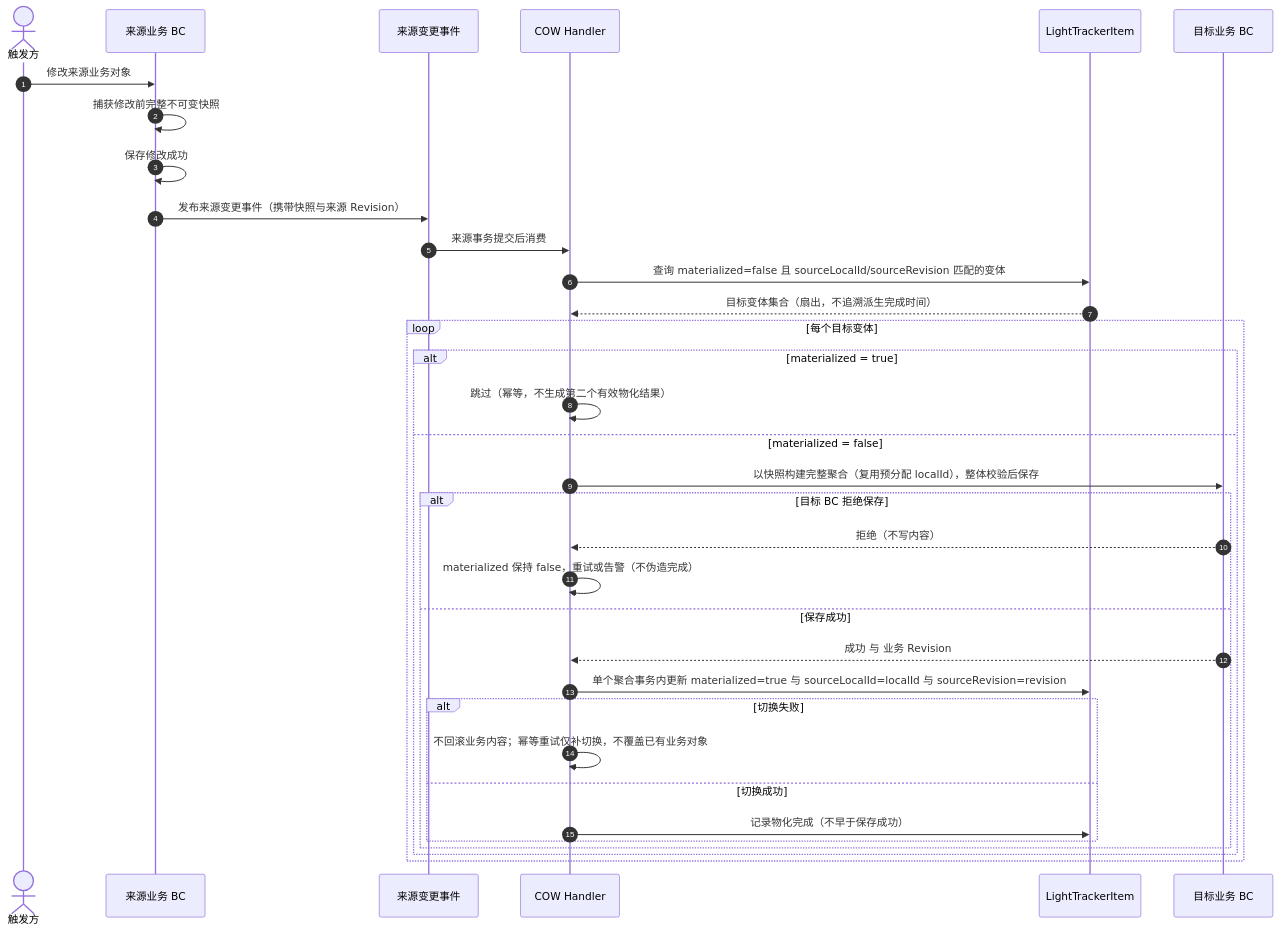
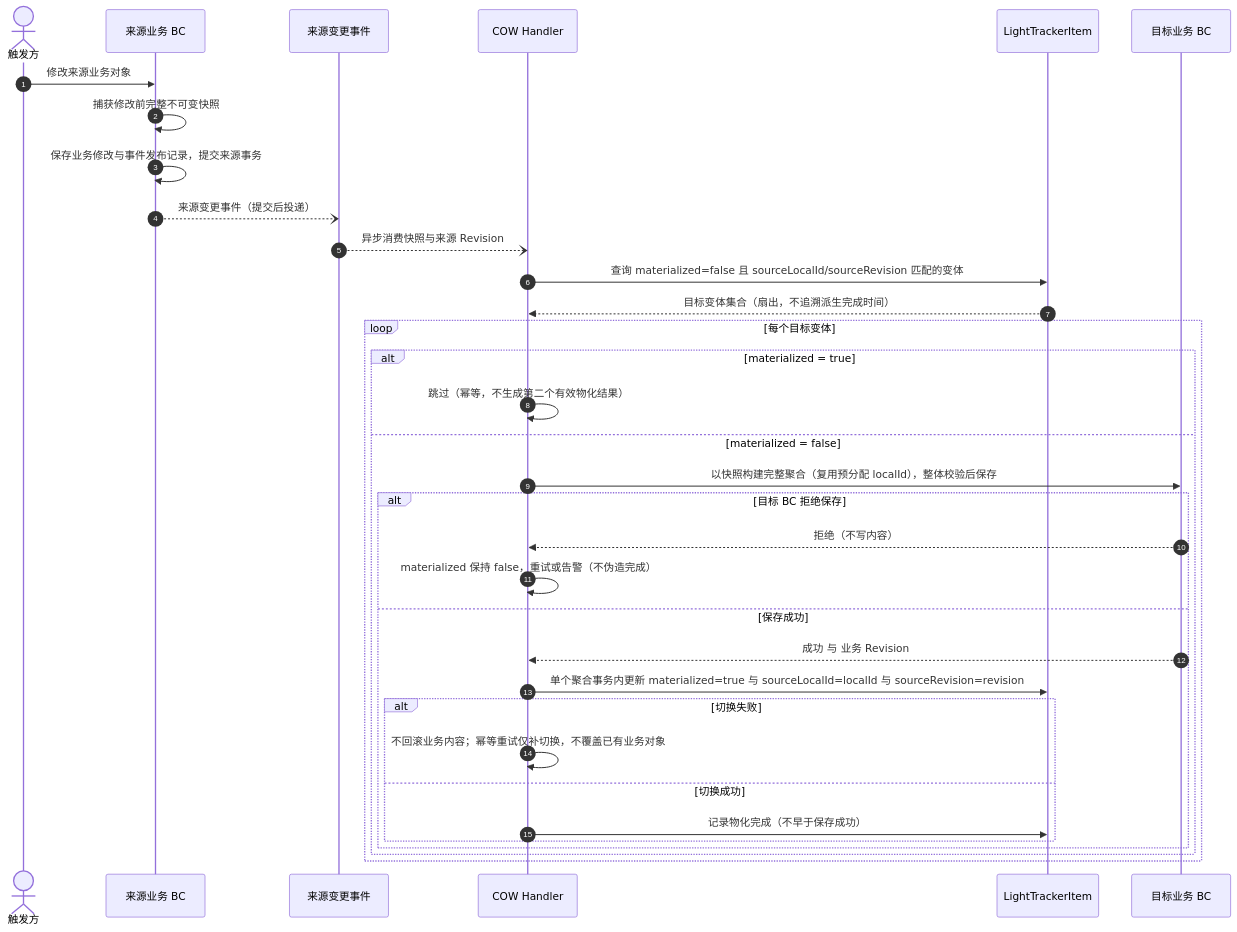
Before and after one commit to Greytrack/ddd-workingset: the second of 2 diagrams in docs/working-set/diagrams/lighttrackeritem-materialization.md, drawn with Mermaid. The commit also changed other lines of this file and 22 other files, not shown here.

````diff
--- a/docs/working-set/diagrams/lighttrackeritem-materialization.md
+++ b/docs/working-set/diagrams/lighttrackeritem-materialization.md
@@ -46,39 +44,39 @@
 ```mermaid
 sequenceDiagram
     autonumber
     actor U as 触发方
     participant SRC as 来源业务 BC
     participant EV as 来源变更事件
     participant H as COW Handler
     participant LTI as LightTrackerItem
     participant TBC as 目标业务 BC
 
     U->>SRC: 修改来源业务对象
     SRC->>SRC: 捕获修改前完整不可变快照
-    SRC->>SRC: 保存修改成功
-    SRC->>EV: 发布来源变更事件（携带快照与来源 Revision）
-    EV->>H: 来源事务提交后消费
+    SRC->>SRC: 保存业务修改与事件发布记录，提交来源事务
+    SRC--)EV: 来源变更事件（提交后投递）
+    EV--)H: 异步消费快照与来源 Revision
 
     H->>LTI: 查询 materialized=false 且 sourceLocalId/sourceRevision 匹配的变体
     LTI-->>H: 目标变体集合（扇出，不追溯派生完成时间）
 
     loop 每个目标变体
         alt materialized = true
             H->>H: 跳过（幂等，不生成第二个有效物化结果）
         else materialized = false
             H->>TBC: 以快照构建完整聚合（复用预分配 localId），整体校验后保存
             alt 目标 BC 拒绝保存
                 TBC-->>H: 拒绝（不写内容）
                 H->>H: materialized 保持 false，重试或告警（不伪造完成）
             else 保存成功
                 TBC-->>H: 成功 与 业务 Revision
                 H->>LTI: 单个聚合事务内更新 materialized=true 与 sourceLocalId=localId 与 sourceRevision=revision
                 alt 切换失败
                     H->>H: 不回滚业务内容；幂等重试仅补切换，不覆盖已有业务对象
                 else 切换成功
                     H->>LTI: 记录物化完成（不早于保存成功）
                 end
             end
         end
     end
 ```
````
